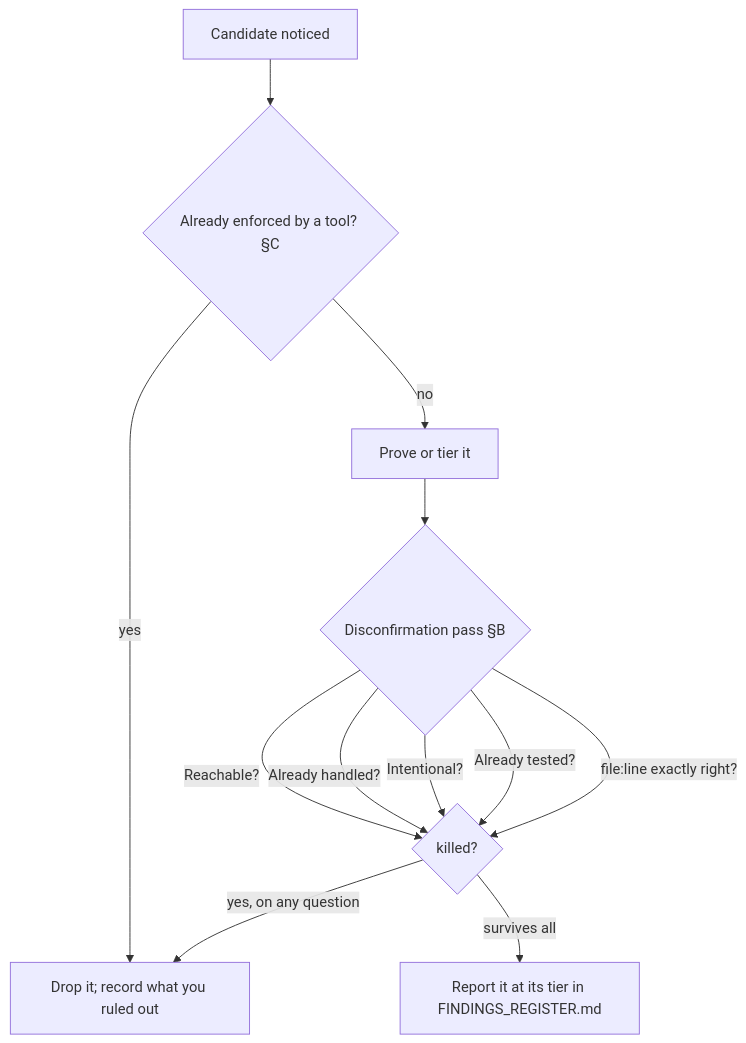
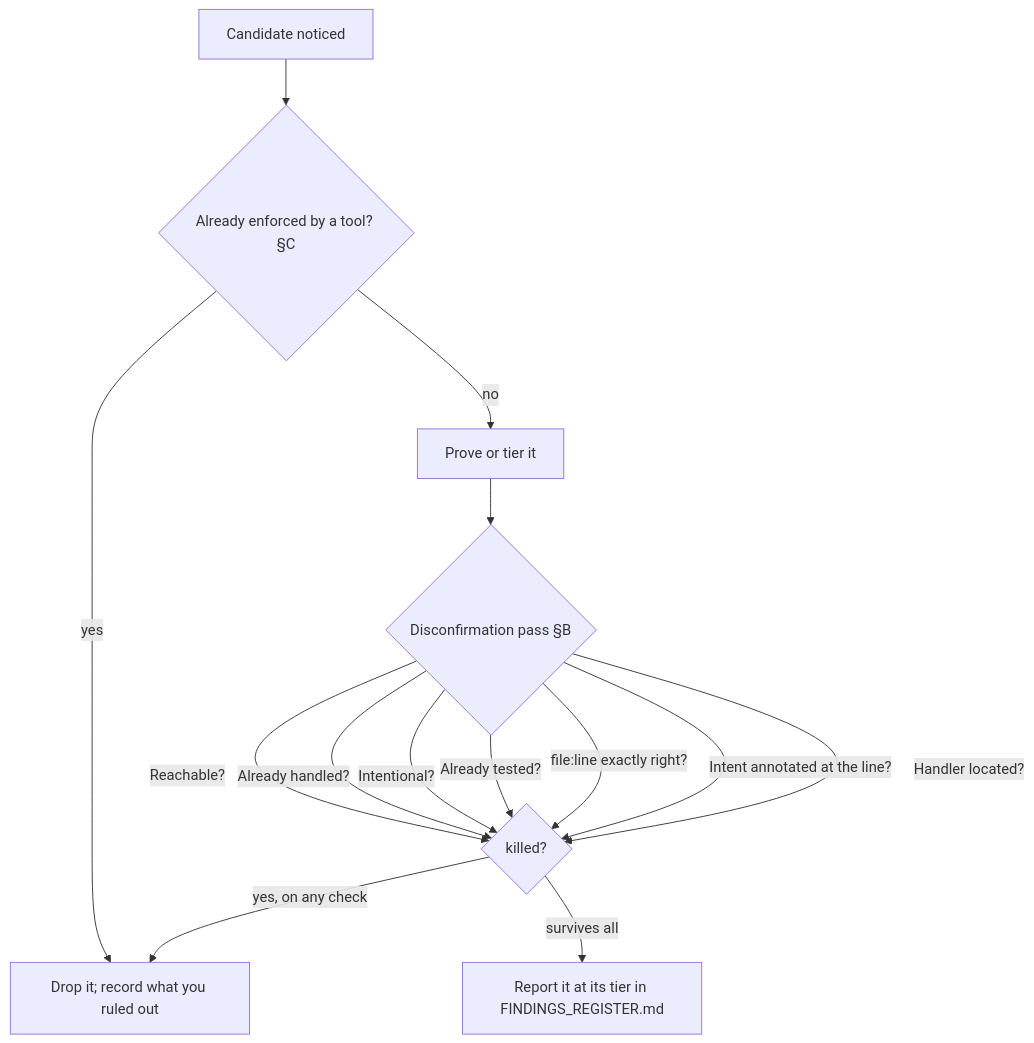
One commit to skylarsabo/code-ops changed the diagram in code-ops-docs/40 Engineering/Techniques/disconfirmation-pass.md. Above: the diagram before and after it, drawn with Mermaid. The commit also changed other lines of this file and 56 other files, not shown here.

````diff
--- a/code-ops-docs/40 Engineering/Techniques/disconfirmation-pass.md
+++ b/code-ops-docs/40 Engineering/Techniques/disconfirmation-pass.md
@@ -57,14 +52,16 @@
 ```mermaid
 flowchart TD
   A[Candidate noticed] --> G{Already enforced by a tool? §C}
   G -->|yes| E[Drop it; record what you ruled out]
   G -->|no| B[Prove or tier it]
   B --> C{Disconfirmation pass §B}
   C -->|Reachable?| D{killed?}
   C -->|Already handled?| D
   C -->|Intentional?| D
   C -->|Already tested?| D
   C -->|file:line exactly right?| D
-  D -->|yes, on any question| E
+  C -->|Intent annotated at the line?| D
+  C -->|Handler located?| D
+  D -->|yes, on any check| E
   D -->|survives all| F[Report it at its tier in FINDINGS_REGISTER.md]
 ```
````
